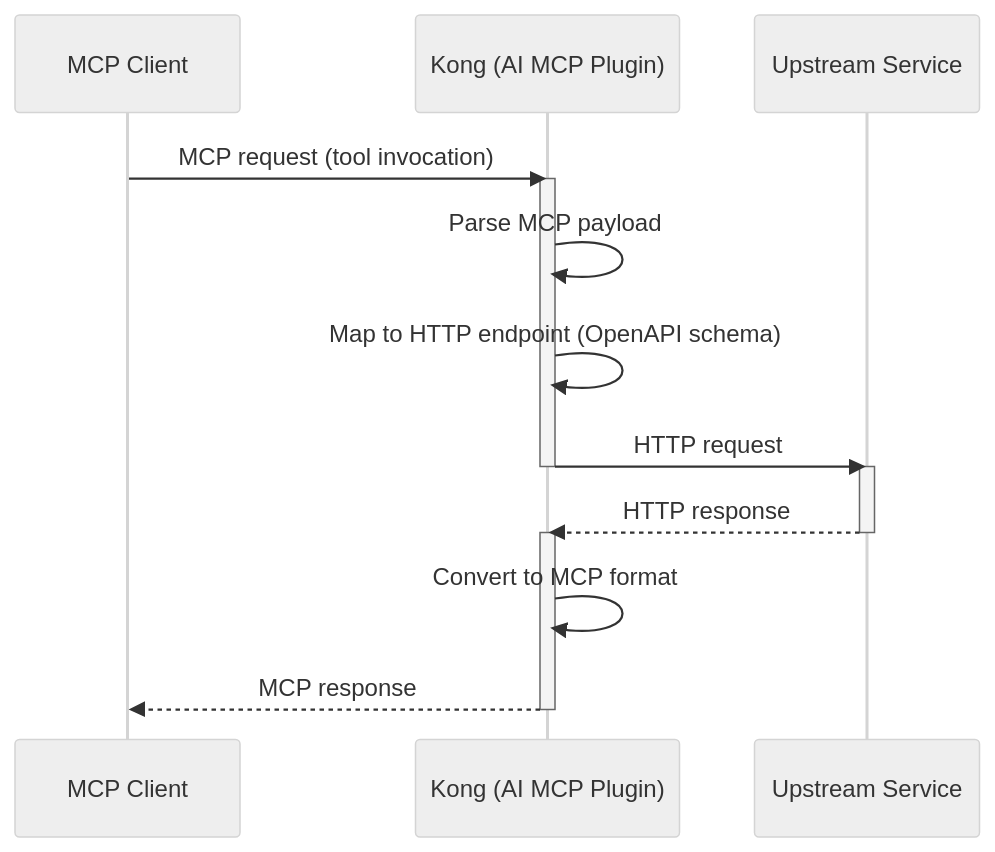
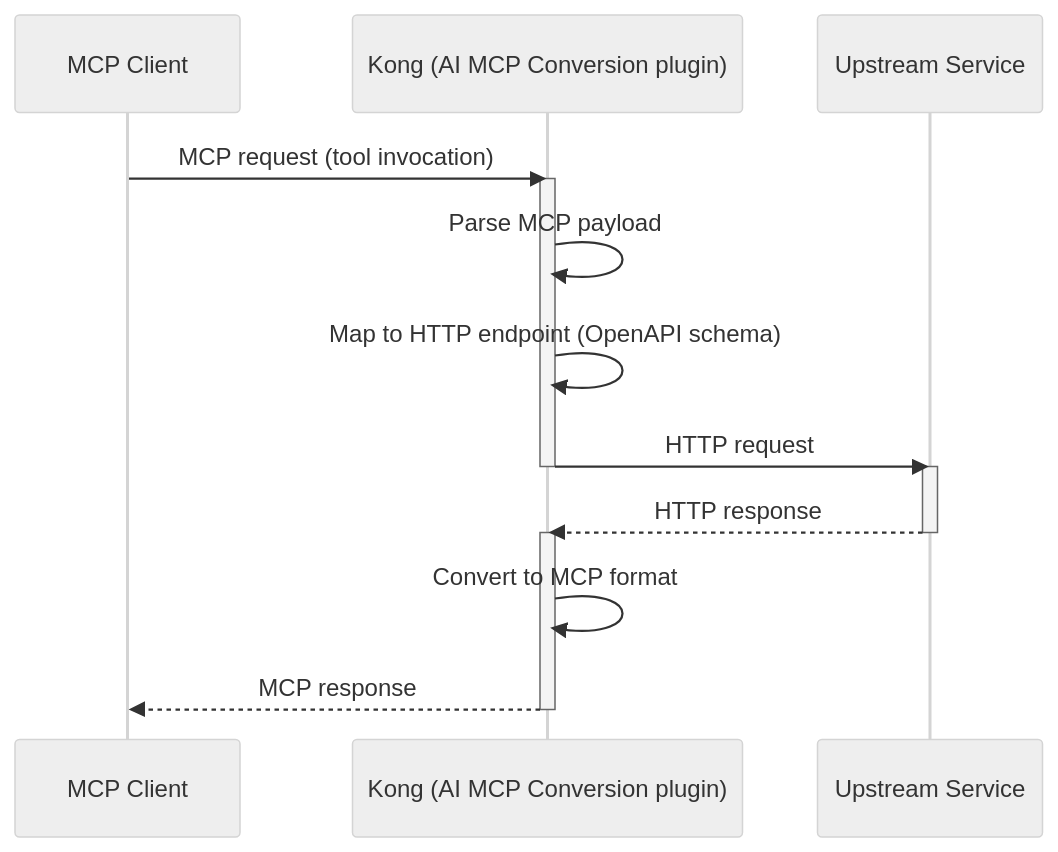
One commit to Kong/developer.konghq.com changed the diagram in app/_kong_plugins/ai-mcp/index.md. Above: the diagram before and after it, drawn with Mermaid (neutral theme). The commit also changed other lines of this file and 6 other files, not shown here.

```diff
--- a/app/_kong_plugins/ai-mcp/index.md
+++ b/app/_kong_plugins/ai-mcp/index.md
@@ -112,20 +111,20 @@
 {% mermaid %}
 sequenceDiagram
     participant C as MCP Client
-    participant K as Kong (AI MCP Plugin)
+    participant K as Kong (AI MCP Conversion plugin)
     participant U as Upstream Service
 
     C->>K: MCP request (tool invocation)
     activate K
     K->>K: Parse MCP payload
     K->>K: Map to HTTP endpoint (OpenAPI schema)
     K->>U: HTTP request
     deactivate K
     activate U
     U-->>K: HTTP response
     deactivate U
     activate K
     K->>K: Convert to MCP format
     K-->>C: MCP response
     deactivate K
 {% endmermaid %}
```
